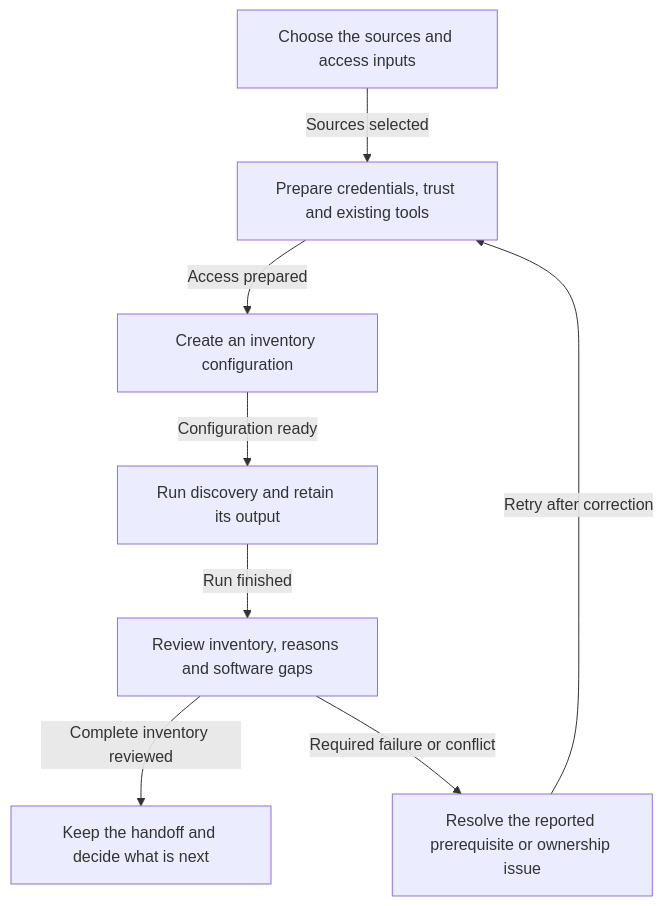
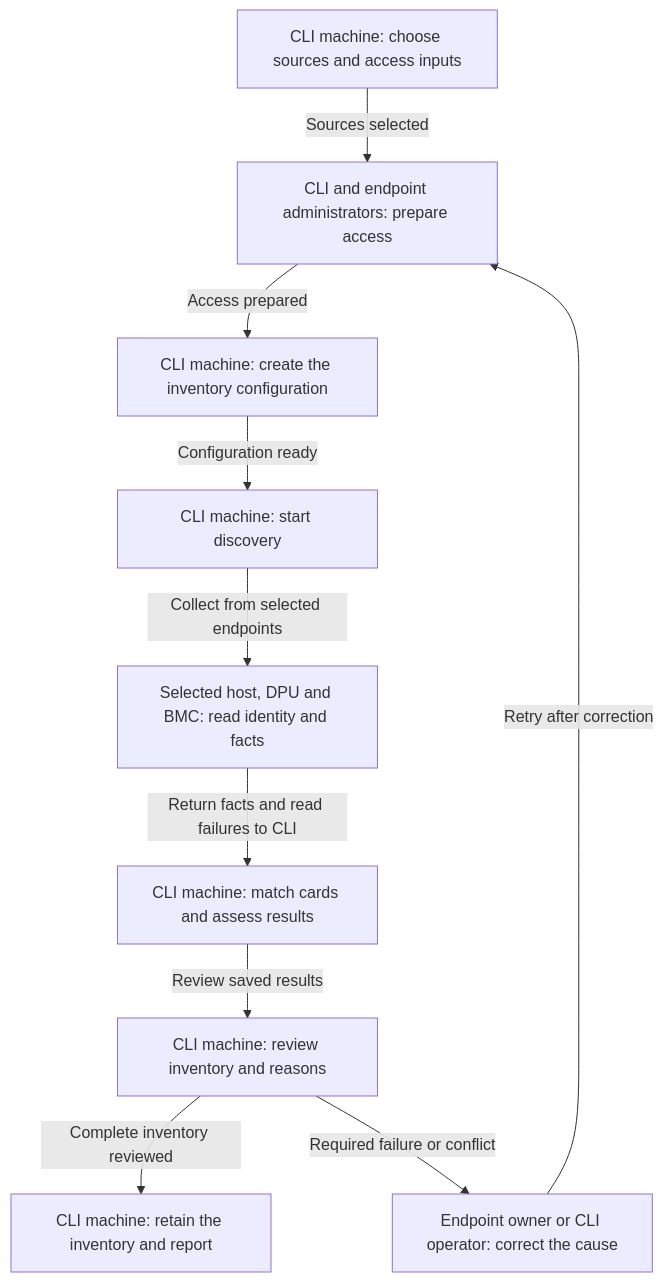
Before and after one commit to NVIDIA/k8s-launch-kit: the first of 3 diagrams in docs/user/dpf-workflows.md, drawn with Mermaid. The commit also changed other lines of this file and 38 other files, not shown here.

````diff
--- a/docs/user/dpf-workflows.md
+++ b/docs/user/dpf-workflows.md
@@ -19,17 +19,21 @@
 ```mermaid
 flowchart TD
-  n1["Choose the sources and access inputs"]
-  n2["Prepare credentials, trust and existing tools"]
-  n3["Create an inventory configuration"]
-  n4["Run discovery and retain its output"]
-  n5["Review inventory, reasons and software gaps"]
-  n6["Resolve the reported prerequisite or ownership issue"]
-  n7["Keep the handoff and decide what is next"]
+  n1["CLI machine: choose sources and access inputs"]
+  n2["CLI and endpoint administrators: prepare access"]
+  n3["CLI machine: create the inventory configuration"]
+  n4["CLI machine: start discovery"]
+  n5["Selected host, DPU and BMC: read identity and facts"]
+  n6["CLI machine: match cards and assess results"]
+  n7["CLI machine: review inventory and reasons"]
+  n8["Endpoint owner or CLI operator: correct the cause"]
+  n9["CLI machine: retain the inventory and report"]
   n1 -->|"Sources selected"| n2
   n2 -->|"Access prepared"| n3
   n3 -->|"Configuration ready"| n4
-  n4 -->|"Run finished"| n5
-  n5 -->|"Complete inventory reviewed"| n7
-  n5 -->|"Required failure or conflict"| n6
-  n6 -->|"Retry after correction"| n2
+  n4 -->|"Collect from selected endpoints"| n5
+  n5 -->|"Return facts and read failures to CLI"| n6
+  n6 -->|"Review saved results"| n7
+  n7 -->|"Complete inventory reviewed"| n9
+  n7 -->|"Required failure or conflict"| n8
+  n8 -->|"Retry after correction"| n2
 ```
````
